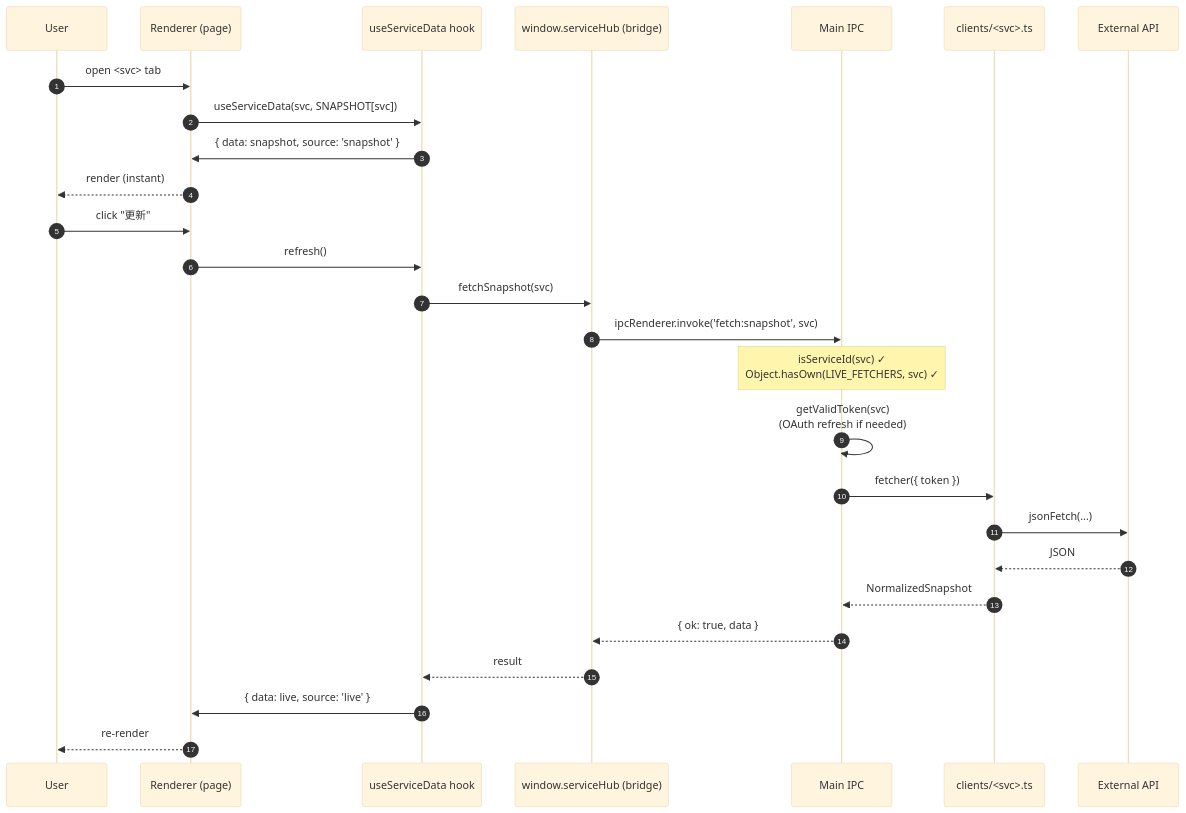
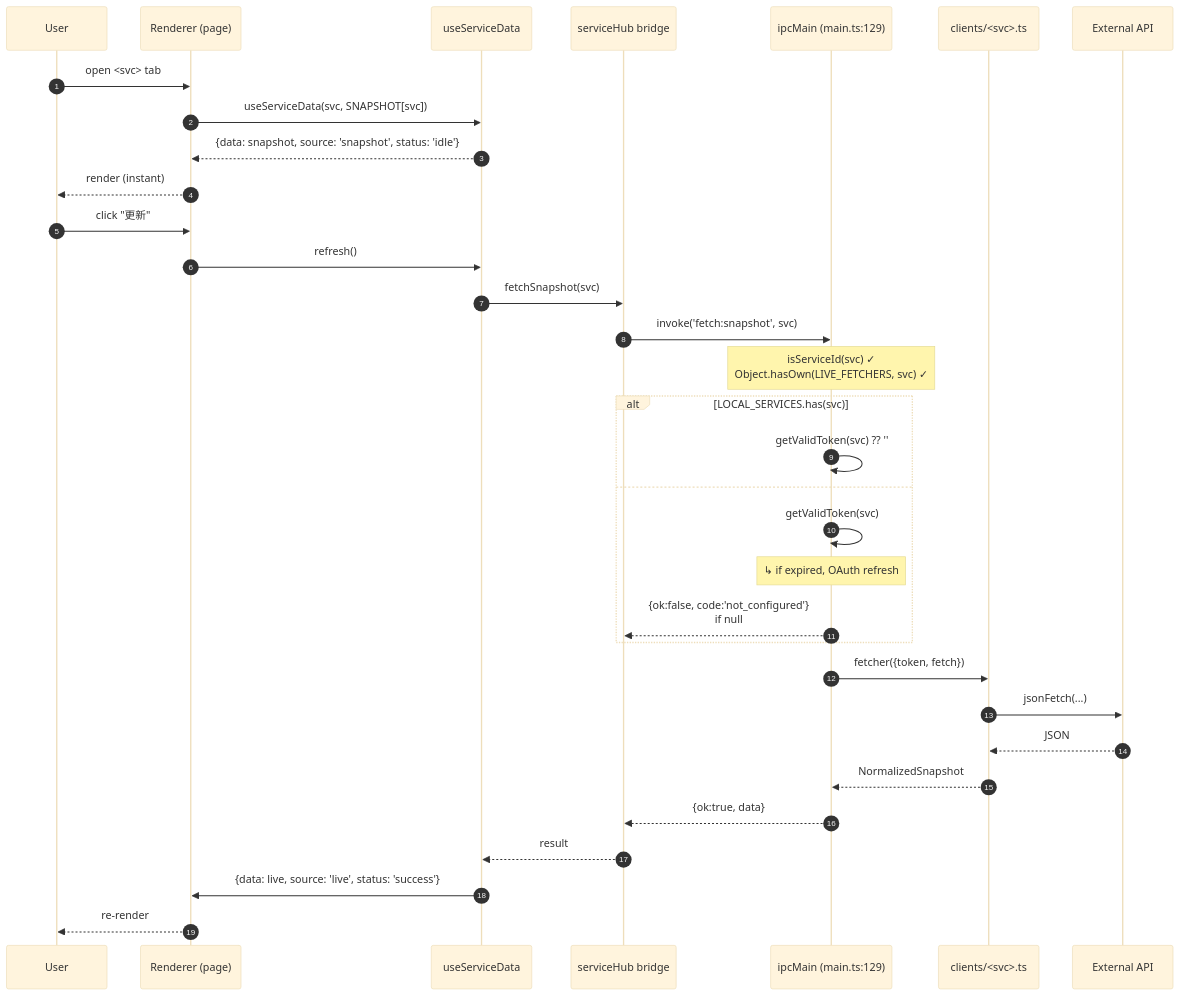
Before and after one commit to hiroto1977/-: the second of 11 diagrams in docs/ARCHITECTURE.md, drawn with Mermaid (base theme). The commit also changed other lines of this file, not shown here.

First line of the commit message:
ARCHITECTURE.md precision rewrite (verifiable down to file:line)

````diff
--- a/docs/ARCHITECTURE.md
+++ b/docs/ARCHITECTURE.md
@@ -183,31 +196,37 @@
 ```mermaid
 sequenceDiagram
   autonumber
   participant U as User
   participant R as Renderer (page)
-  participant H as useServiceData hook
-  participant B as window.serviceHub (bridge)
-  participant M as Main IPC
+  participant H as useServiceData
+  participant B as serviceHub bridge
+  participant M as ipcMain (main.ts:129)
   participant C as clients/<svc>.ts
   participant API as External API
 
   U->>R: open <svc> tab
   R->>H: useServiceData(svc, SNAPSHOT[svc])
-  H->>R: { data: snapshot, source: 'snapshot' }
+  H-->>R: {data: snapshot, source: 'snapshot', status: 'idle'}
   R-->>U: render (instant)
 
   U->>R: click "更新"
   R->>H: refresh()
   H->>B: fetchSnapshot(svc)
-  B->>M: ipcRenderer.invoke('fetch:snapshot', svc)
+  B->>M: invoke('fetch:snapshot', svc)
   Note over M: isServiceId(svc) ✓<br/>Object.hasOwn(LIVE_FETCHERS, svc) ✓
-  M->>M: getValidToken(svc)<br/>(OAuth refresh if needed)
-  M->>C: fetcher({ token })
+  alt LOCAL_SERVICES.has(svc)
+    M->>M: getValidToken(svc) ?? ''
+  else
+    M->>M: getValidToken(svc)
+    Note over M: ↳ if expired, OAuth refresh
+    M-->>B: {ok:false, code:'not_configured'}<br/>if null
+  end
+  M->>C: fetcher({token, fetch})
   C->>API: jsonFetch(...)
   API-->>C: JSON
   C-->>M: NormalizedSnapshot
-  M-->>B: { ok: true, data }
+  M-->>B: {ok:true, data}
   B-->>H: result
-  H->>R: { data: live, source: 'live' }
+  H->>R: {data: live, source: 'live', status: 'success'}
   R-->>U: re-render
 ```
````
